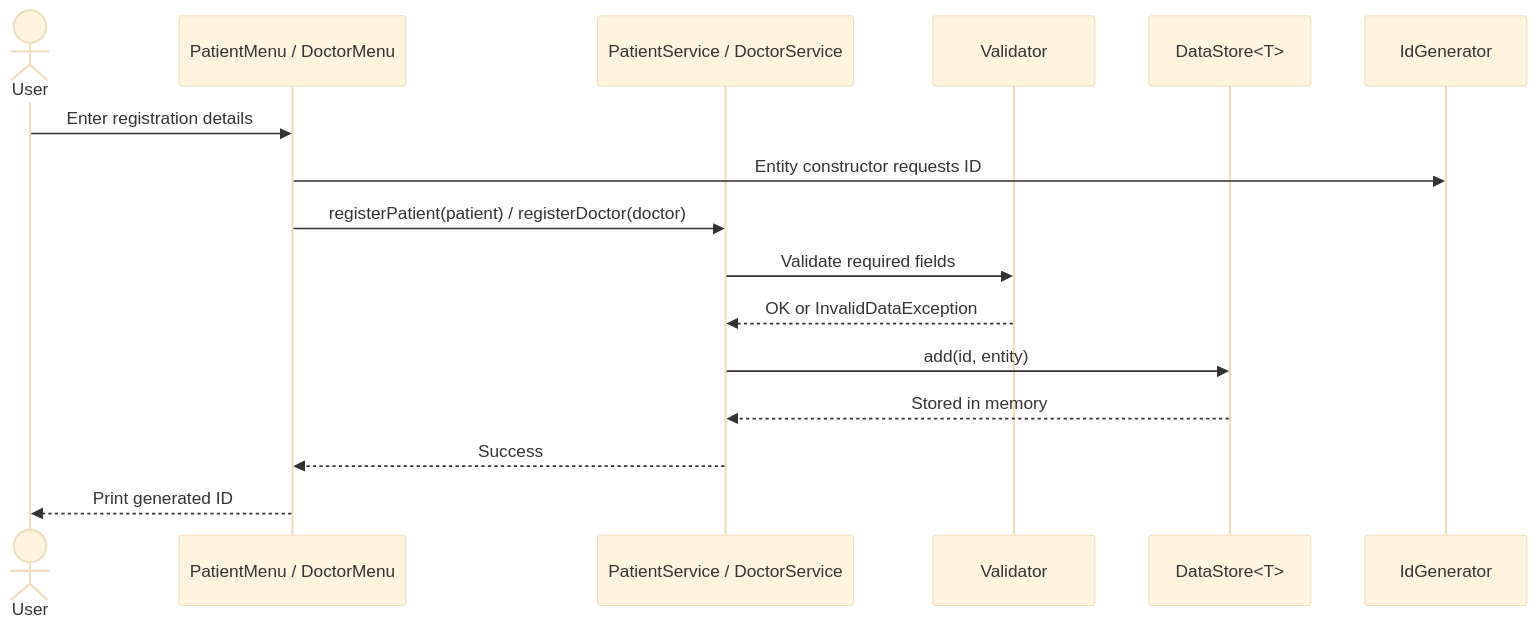
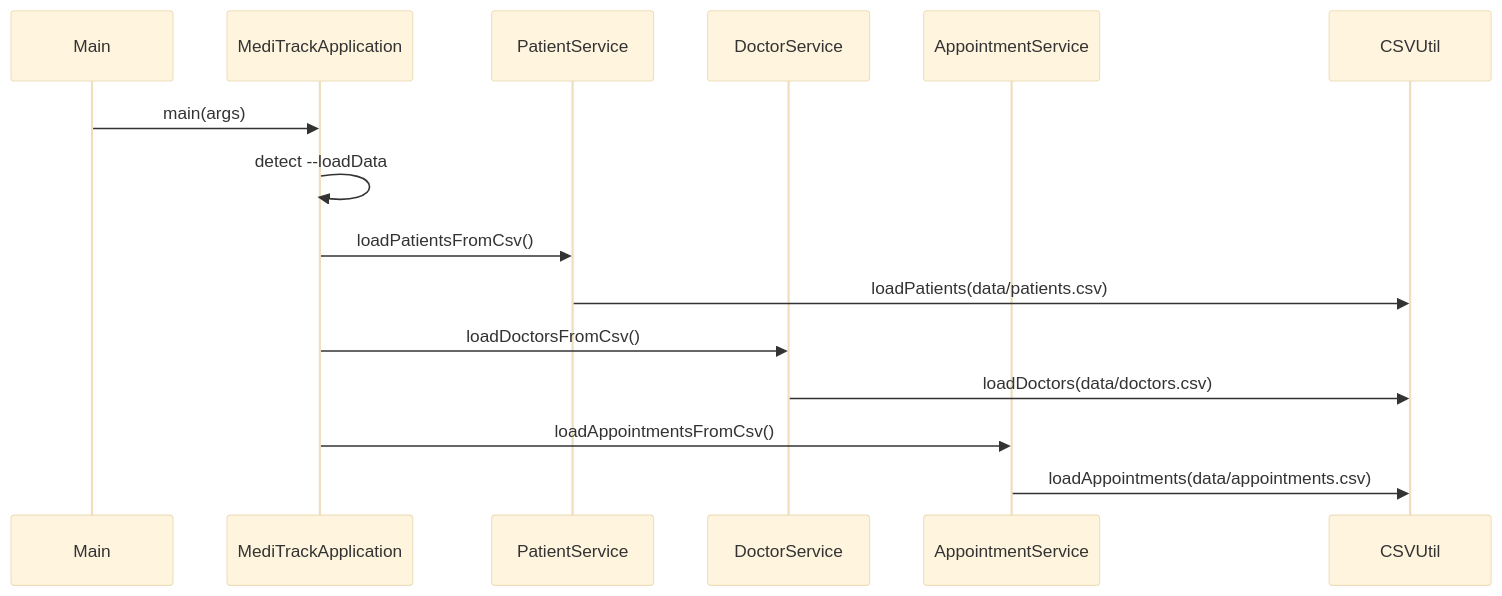
One commit to Garvit360/Airtribe-Meditrack changed the third of 6 diagrams in docs/system-design-diagram.md. Above: the diagram before and after it, drawn with Mermaid (base theme). The commit also changed other lines of this file and 2 other files, not shown here.

````diff
--- a/docs/system-design-diagram.md
+++ b/docs/system-design-diagram.md
@@ -117,19 +95,18 @@
 ```mermaid
 sequenceDiagram
-    actor User
-    participant Menu as PatientMenu / DoctorMenu
-    participant Service as PatientService / DoctorService
-    participant Validator
-    participant Store as DataStore<T>
-    participant Ids as IdGenerator
+    participant Main
+    participant App as MediTrackApplication
+    participant Patients as PatientService
+    participant Doctors as DoctorService
+    participant Appointments as AppointmentService
+    participant CSV as CSVUtil
 
-    User->>Menu: Enter registration details
-    Menu->>Ids: Entity constructor requests ID
-    Menu->>Service: registerPatient(patient) / registerDoctor(doctor)
-    Service->>Validator: Validate required fields
-    Validator-->>Service: OK or InvalidDataException
-    Service->>Store: add(id, entity)
-    Store-->>Service: Stored in memory
-    Service-->>Menu: Success
-    Menu-->>User: Print generated ID
+    Main->>App: main(args)
+    App->>App: detect --loadData
+    App->>Patients: loadPatientsFromCsv()
+    Patients->>CSV: loadPatients(data/patients.csv)
+    App->>Doctors: loadDoctorsFromCsv()
+    Doctors->>CSV: loadDoctors(data/doctors.csv)
+    App->>Appointments: loadAppointmentsFromCsv()
+    Appointments->>CSV: loadAppointments(data/appointments.csv)
 ```
````
